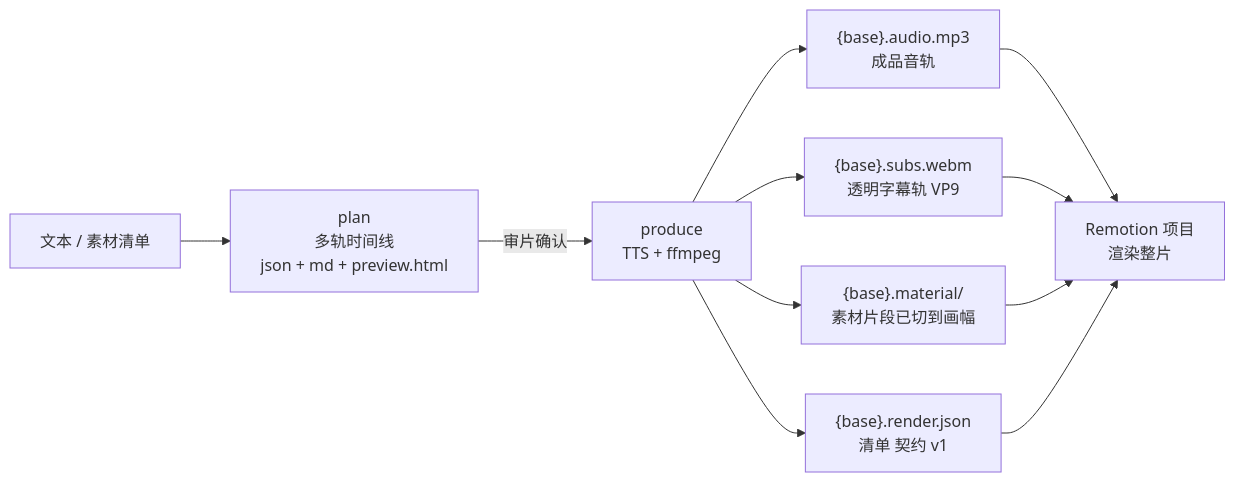
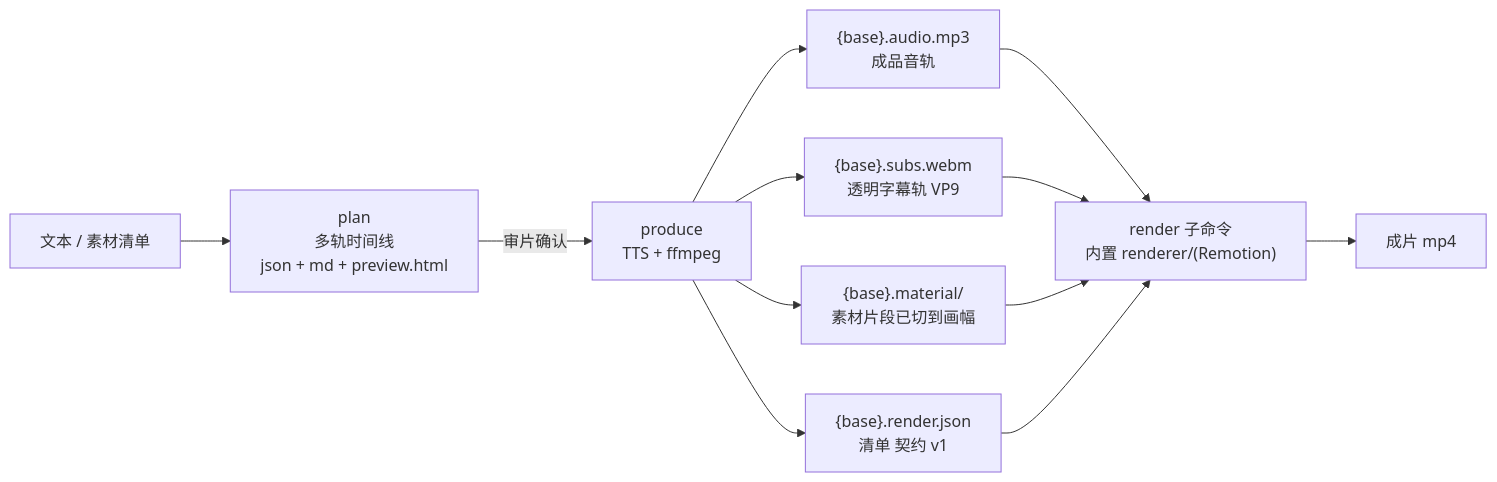
The first of 3 diagrams in README.md (liuyun847/text2video), drawn with Mermaid before and after one commit. The commit also changed other lines of this file and 47 other files, not shown here.

````diff
--- a/README.md
+++ b/README.md
@@ -13,13 +15,14 @@
 ```mermaid
 flowchart LR
   txt[文本 / 素材清单] --> plan
   plan[plan<br/>多轨时间线<br/>json + md + preview.html] -->|审片确认| produce
   produce[produce<br/>TTS + ffmpeg] --> audio["{base}.audio.mp3<br/>成品音轨"]
   produce --> subs["{base}.subs.webm<br/>透明字幕轨 VP9"]
   produce --> mat["{base}.material/<br/>素材片段已切到画幅"]
   produce --> rj["{base}.render.json<br/>清单 契约 v1"]
-  audio --> remo[Remotion 项目<br/>渲染整片]
+  audio --> remo["render 子命令<br/>内置 renderer/(Remotion)"]
   subs --> remo
   mat --> remo
   rj --> remo
+  remo --> mp4["成片 mp4"]
 ```
````
